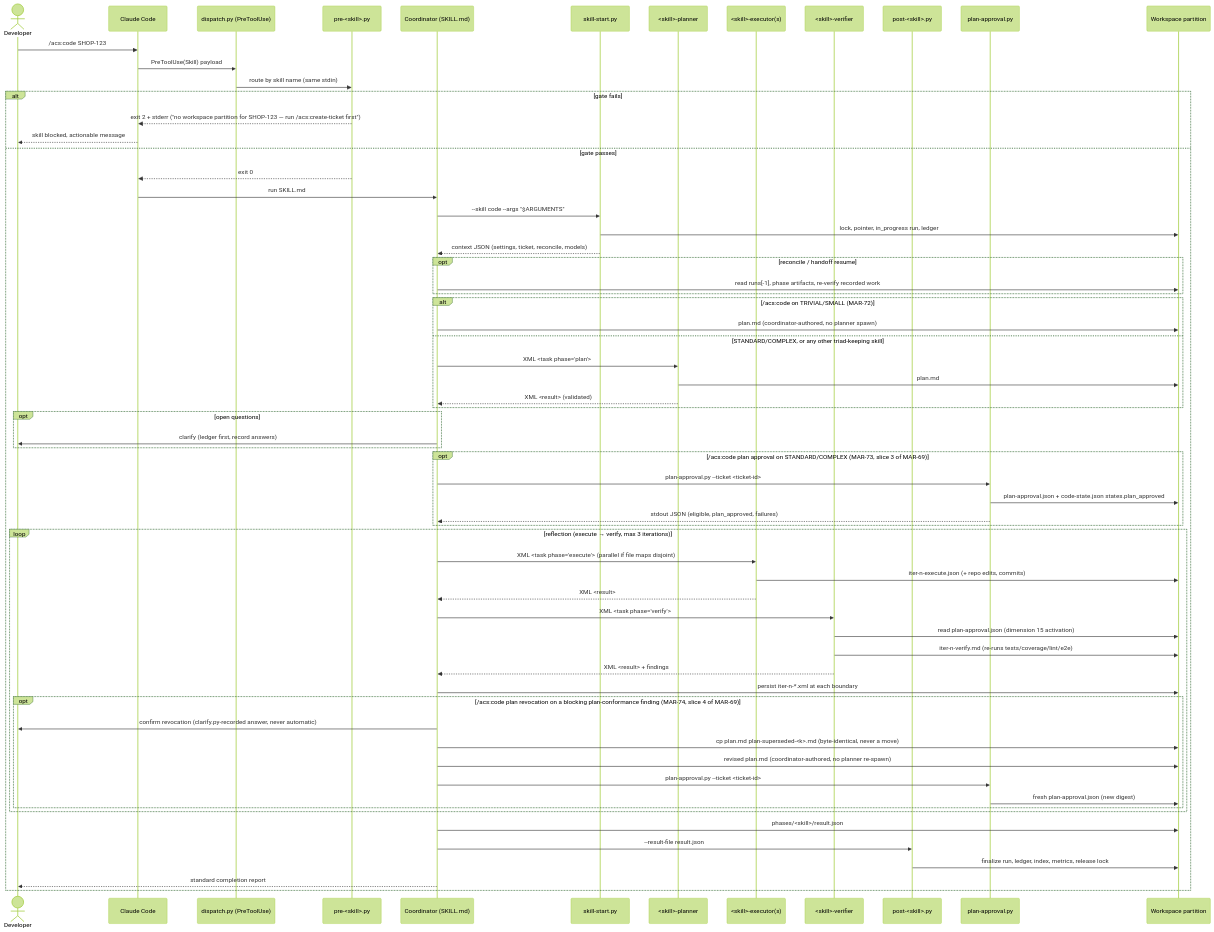
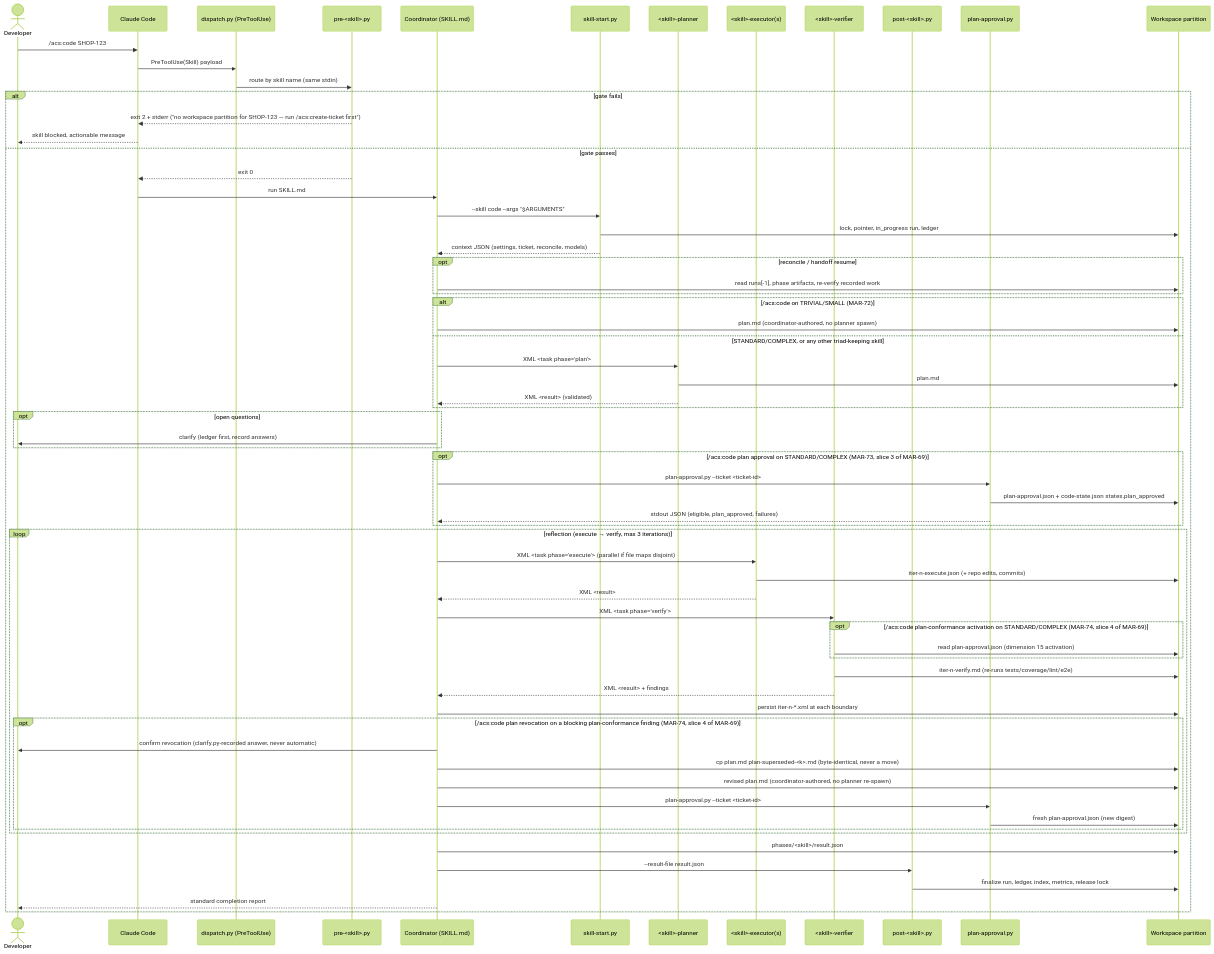
The diagram in docs/architecture/lld/flows/hook-gated-skill-run.md (globalmindsolution/gms-marketplace), drawn with Mermaid (forest theme) before and after one commit.

Commit message:
MAR-74 docs-sync: scope the dimension-15 read to /acs:code in the hook-gated-skill-run sequence diagram

````diff
--- a/docs/architecture/lld/flows/hook-gated-skill-run.md
+++ b/docs/architecture/lld/flows/hook-gated-skill-run.md
@@ -39,68 +39,70 @@
 ```mermaid
 sequenceDiagram
     actor Dev as Developer
     participant CC as Claude Code
     participant D as dispatch.py (PreToolUse)
     participant PRE as pre-<skill>.py
     participant CO as Coordinator (SKILL.md)
     participant SS as skill-start.py
     participant PL as <skill>-planner
     participant EX as <skill>-executor(s)
     participant VF as <skill>-verifier
     participant POST as post-<skill>.py
     participant PA as plan-approval.py
     participant WS as Workspace partition
 
     Dev->>CC: /acs:code SHOP-123
     CC->>D: PreToolUse(Skill) payload
     D->>PRE: route by skill name (same stdin)
     alt gate fails
         PRE-->>CC: exit 2 + stderr ("no workspace partition for SHOP-123 — run /acs:create-ticket first")
         CC-->>Dev: skill blocked, actionable message
     else gate passes
         PRE-->>CC: exit 0
         CC->>CO: run SKILL.md
         CO->>SS: --skill code --args "$ARGUMENTS"
         SS->>WS: lock, pointer, in_progress run, ledger
         SS-->>CO: context JSON (settings, ticket, reconcile, models)
         opt reconcile / handoff resume
             CO->>WS: read runs[-1], phase artifacts, re-verify recorded work
         end
         alt /acs:code on TRIVIAL/SMALL (MAR-72)
             CO->>WS: plan.md (coordinator-authored, no planner spawn)
         else STANDARD/COMPLEX, or any other triad-keeping skill
             CO->>PL: XML <task phase="plan">
             PL->>WS: plan.md
             PL-->>CO: XML <result> (validated)
         end
         opt open questions
             CO->>Dev: clarify (ledger first, record answers)
         end
         opt /acs:code plan approval on STANDARD/COMPLEX (MAR-73, slice 3 of MAR-69)
             CO->>PA: plan-approval.py --ticket <ticket-id>
             PA->>WS: plan-approval.json + code-state.json states.plan_approved
             PA-->>CO: stdout JSON (eligible, plan_approved, failures)
         end
         loop reflection (execute → verify, max 3 iterations)
             CO->>EX: XML <task phase="execute"> (parallel if file maps disjoint)
             EX->>WS: iter-n-execute.json (+ repo edits, commits)
             EX-->>CO: XML <result>
             CO->>VF: XML <task phase="verify">
-            VF->>WS: read plan-approval.json (dimension 15 activation)
+            opt /acs:code plan-conformance activation on STANDARD/COMPLEX (MAR-74, slice 4 of MAR-69)
+                VF->>WS: read plan-approval.json (dimension 15 activation)
+            end
             VF->>WS: iter-n-verify.md (re-runs tests/coverage/lint/e2e)
             VF-->>CO: XML <result> + findings
             CO->>WS: persist iter-n-*.xml at each boundary
             opt /acs:code plan revocation on a blocking plan-conformance finding (MAR-74, slice 4 of MAR-69)
                 CO->>Dev: confirm revocation (clarify.py-recorded answer, never automatic)
                 CO->>WS: cp plan.md plan-superseded-<k>.md (byte-identical, never a move)
                 CO->>WS: revised plan.md (coordinator-authored, no planner re-spawn)
                 CO->>PA: plan-approval.py --ticket <ticket-id>
                 PA->>WS: fresh plan-approval.json (new digest)
             end
         end
         CO->>WS: phases/<skill>/result.json
         CO->>POST: --result-file result.json
         POST->>WS: finalize run, ledger, index, metrics, release lock
         CO-->>Dev: standard completion report
     end
 ```
````
